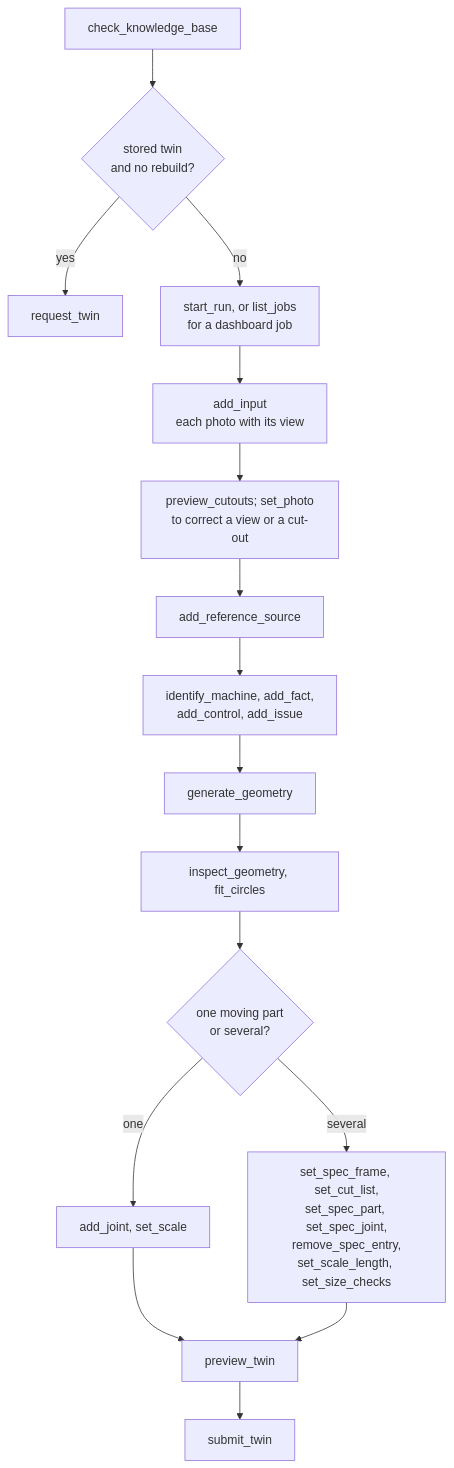
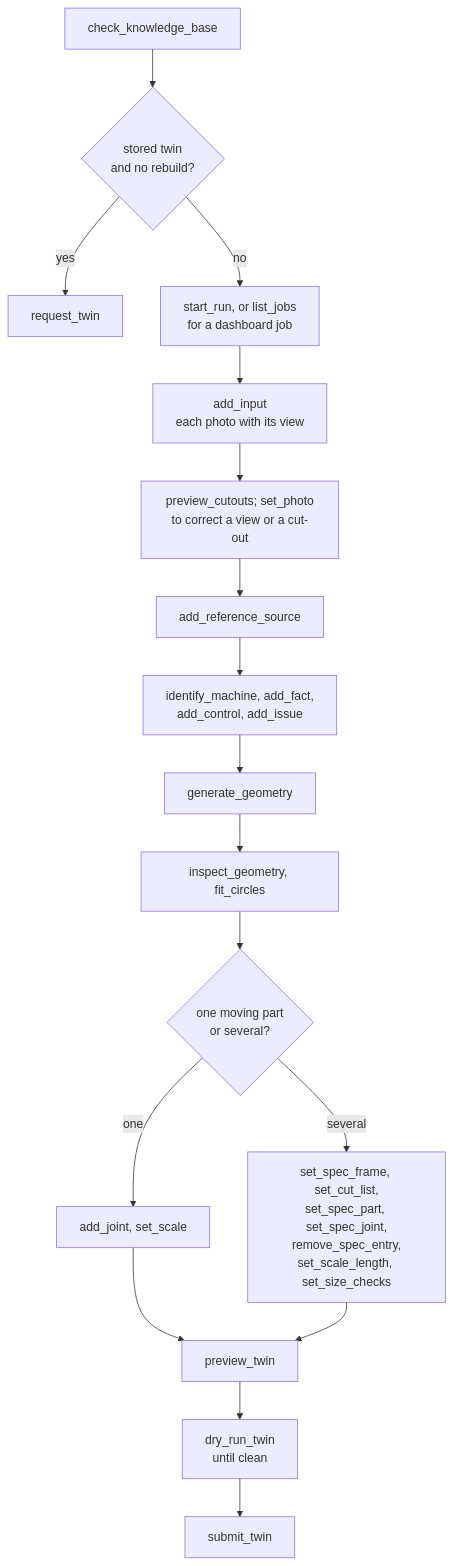
The eighth of 8 diagrams in docs/how-a-twin-is-built.md (DanSweet734/MoonWalkers---Multimodal-Digital-Twin-Generator), drawn with Mermaid before and after one commit. The commit also changed other lines of this file and 10 other files, not shown here.

Commit message:
feat: dry-run a build in a scratch copy of the data folder with both validators

````diff
--- a/docs/how-a-twin-is-built.md
+++ b/docs/how-a-twin-is-built.md
@@ -188,18 +188,19 @@
 ```mermaid
 flowchart TB
     S0["check_knowledge_base"] --> S1{"stored twin<br/>and no rebuild?"}
     S1 -->|"yes"| RT["request_twin"]
     S1 -->|"no"| SR["start_run, or list_jobs<br/>for a dashboard job"]
     SR --> AI["add_input<br/>each photo with its view"]
     AI --> PC["preview_cutouts; set_photo<br/>to correct a view or a cut-out"]
     PC --> RS["add_reference_source"]
     RS --> ID["identify_machine, add_fact,<br/>add_control, add_issue"]
     ID --> GG["generate_geometry"]
     GG --> IG["inspect_geometry, fit_circles"]
     IG --> ONE{"one moving part<br/>or several?"}
     ONE -->|"one"| J1["add_joint, set_scale"]
     ONE -->|"several"| JN["set_spec_frame, set_cut_list,<br/>set_spec_part, set_spec_joint,<br/>remove_spec_entry,<br/>set_scale_length, set_size_checks"]
     J1 --> PV["preview_twin"]
     JN --> PV
-    PV --> ST["submit_twin"]
+    PV --> DR["dry_run_twin<br/>until clean"]
+    DR --> ST["submit_twin"]
 ```
````
